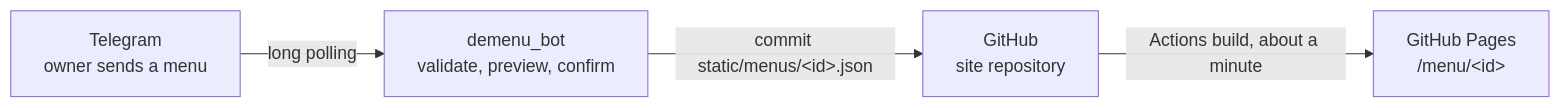
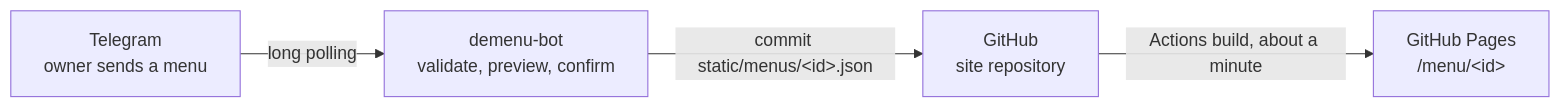
The diagram in README.md (luis-serrano-l/decarta-bot), drawn with Mermaid before and after one commit. The commit also changed other lines of this file and 25 other files, not shown here.

First line of the commit message:
chore: rename project from demenu_bot to demenu-bot

````diff
--- a/README.md
+++ b/README.md
@@ -18,6 +18,6 @@
 ```mermaid
 flowchart LR
-    T["Telegram<br/>owner sends a menu"] -->|long polling| B["demenu_bot<br/>validate, preview, confirm"]
+    T["Telegram<br/>owner sends a menu"] -->|long polling| B["demenu-bot<br/>validate, preview, confirm"]
     B -->|"commit static/menus/&lt;id&gt;.json"| G["GitHub<br/>site repository"]
     G -->|"Actions build, about a minute"| P["GitHub Pages<br/>/menu/&lt;id&gt;"]
 ```
````
